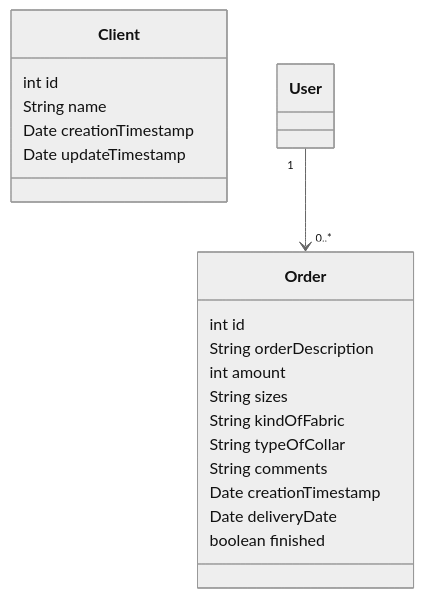
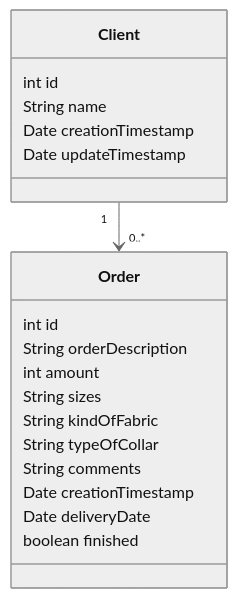
The diagram in README.md (Matheussmaced/cadastro-de-pedidos), drawn with Mermaid (neutral theme) before and after one commit.

````diff
--- a/README.md
+++ b/README.md
@@ -5,24 +5,24 @@
 ```mermaid
 classDiagram
     class Client {
         int id
         String name
         Date creationTimestamp
         Date updateTimestamp
     }
 
     class Order {
         int id
         String orderDescription
         int amount
         String sizes
         String kindOfFabric
         String typeOfCollar
         String comments
         Date creationTimestamp
         Date deliveryDate
         boolean finished
     }
 
-    User "1" --> "0..*" Order
+    Client "1" --> "0..*" Order
 ```
````
